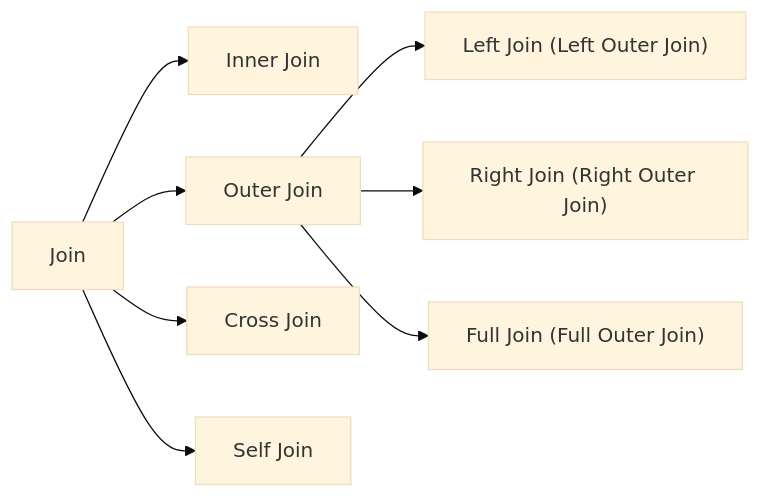
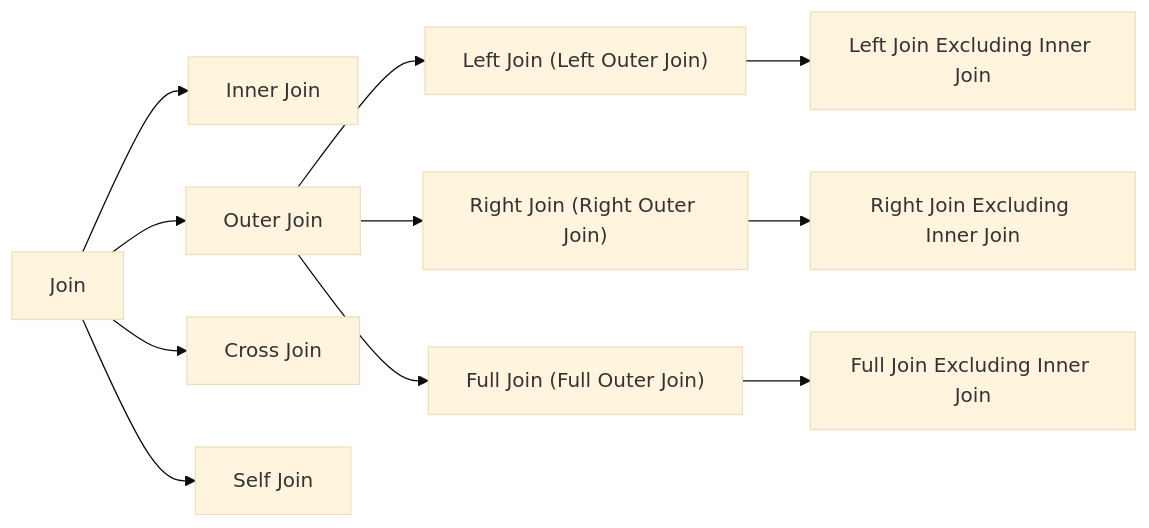
The diagram in components/database/Database_SQL_Join.md (wuyichen24/system-design-knowledge), drawn with Mermaid (base theme) before and after one commit.

````diff
--- a/components/database/Database_SQL_Join.md
+++ b/components/database/Database_SQL_Join.md
@@ -4,10 +4,13 @@
 ```mermaid
 graph LR;
   A["Join"] --> B1["Inner Join"];
   A --> B2["Outer Join"];
   A --> B3["Cross Join"];
   A --> B4["Self Join"];
   B2 --> C1["Left Join (Left Outer Join)"];
   B2 --> C2["Right Join (Right Outer Join)"];
   B2 --> C3["Full Join (Full Outer Join)"];
+  C1 --> D1["Left Join Excluding Inner Join"];
+  C2 --> D2["Right Join Excluding Inner Join"];
+  C3 --> D3["Full Join Excluding Inner Join"];
 ```
````
